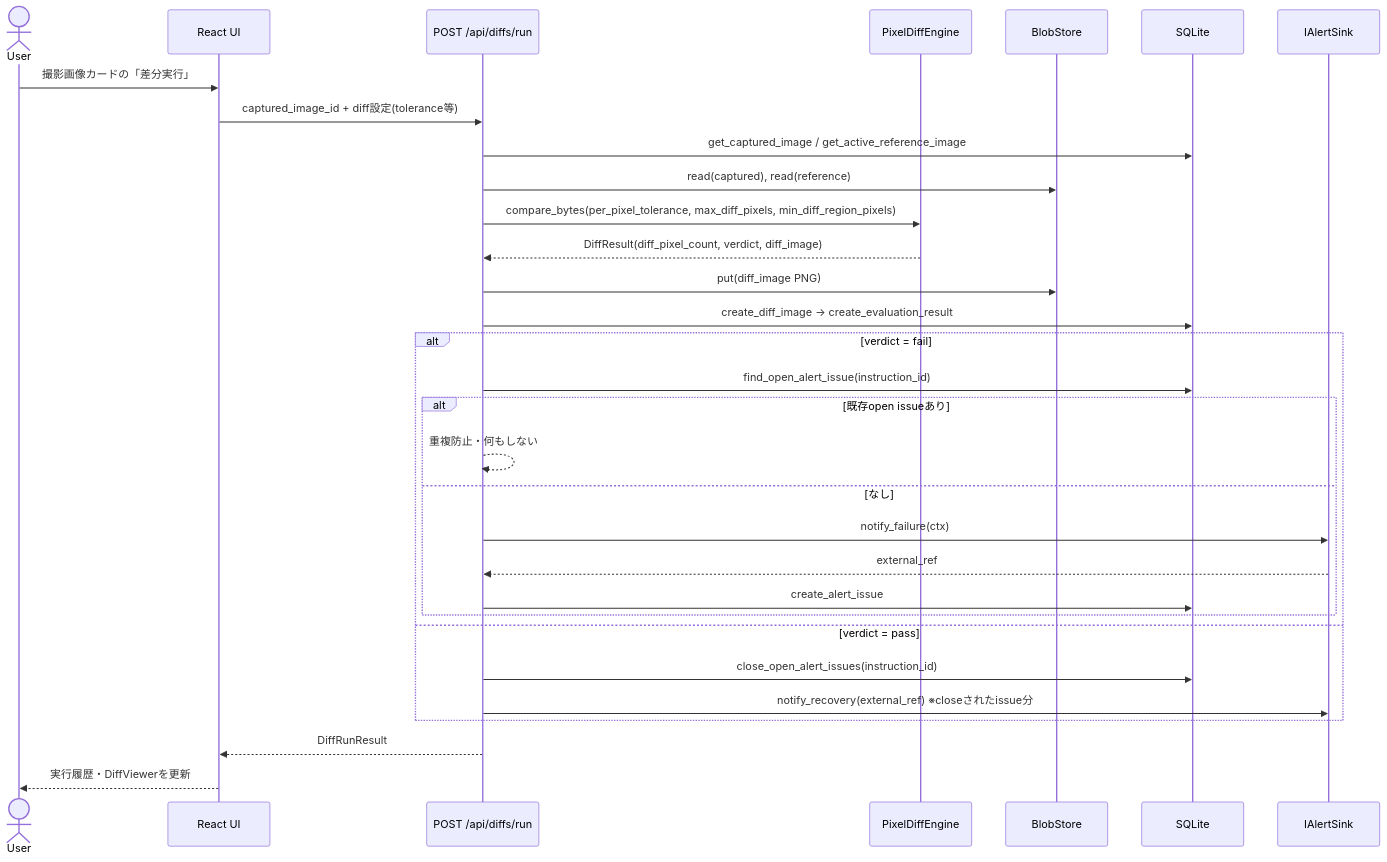
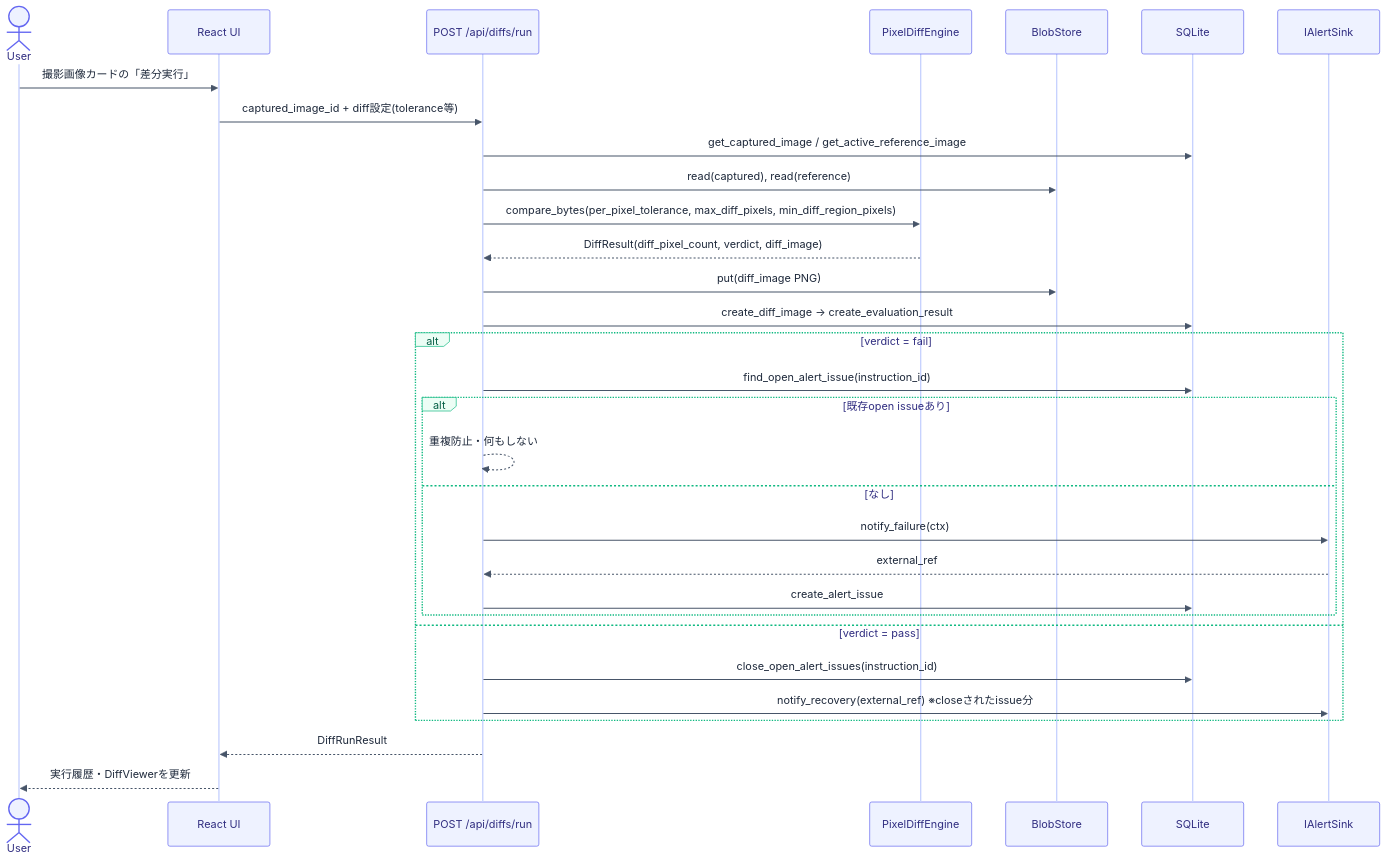
Before and after one commit to manato1201/VisualRegressionQATool: the third of 7 diagrams in docs/ARCHITECTURE.md, drawn with Mermaid. The commit also changed other lines of this file and 18 other files, not shown here.

First line of the commit message:
CaptureAgent の共通インターフェース(Unity/Houdini)を追加し、図に色を付けた

````diff
--- a/docs/ARCHITECTURE.md
+++ b/docs/ARCHITECTURE.md
@@ -126,34 +145,42 @@
 ```mermaid
+%%{init: {'theme': 'base', 'themeVariables': {
+    'actorBkg': '#eef2ff', 'actorBorder': '#6366f1', 'actorTextColor': '#312e81', 'actorLineColor': '#c7d2fe',
+    'signalColor': '#475569', 'signalTextColor': '#1e293b',
+    'labelBoxBkgColor': '#ecfdf5', 'labelBoxBorderColor': '#10b981', 'labelTextColor': '#065f46',
+    'noteBkgColor': '#fffbeb', 'noteBorderColor': '#f59e0b', 'noteTextColor': '#78350f',
+    'activationBkgColor': '#f0f9ff', 'activationBorderColor': '#0284c7',
+    'fontFamily': 'Inter, sans-serif'
+}}}%%
 sequenceDiagram
     actor User
     participant UI as React UI
     participant API as POST /api/diffs/run
     participant Engine as PixelDiffEngine
     participant Blob as BlobStore
     participant DB as SQLite
     participant Sink as IAlertSink
 
     User->>UI: 撮影画像カードの「差分実行」
     UI->>API: captured_image_id + diff設定(tolerance等)
     API->>DB: get_captured_image / get_active_reference_image
     API->>Blob: read(captured), read(reference)
     API->>Engine: compare_bytes(per_pixel_tolerance, max_diff_pixels, min_diff_region_pixels)
     Engine-->>API: DiffResult(diff_pixel_count, verdict, diff_image)
     API->>Blob: put(diff_image PNG)
     API->>DB: create_diff_image → create_evaluation_result
     alt verdict = fail
         API->>DB: find_open_alert_issue(instruction_id)
         alt 既存open issueあり
             API-->>API: 重複防止・何もしない
         else なし
             API->>Sink: notify_failure(ctx)
             Sink-->>API: external_ref
             API->>DB: create_alert_issue
         end
     else verdict = pass
         API->>DB: close_open_alert_issues(instruction_id)
         API->>Sink: notify_recovery(external_ref) ※closeされたissue分
     end
     API-->>UI: DiffRunResult
     UI-->>User: 実行履歴・DiffViewerを更新
 ```
````
